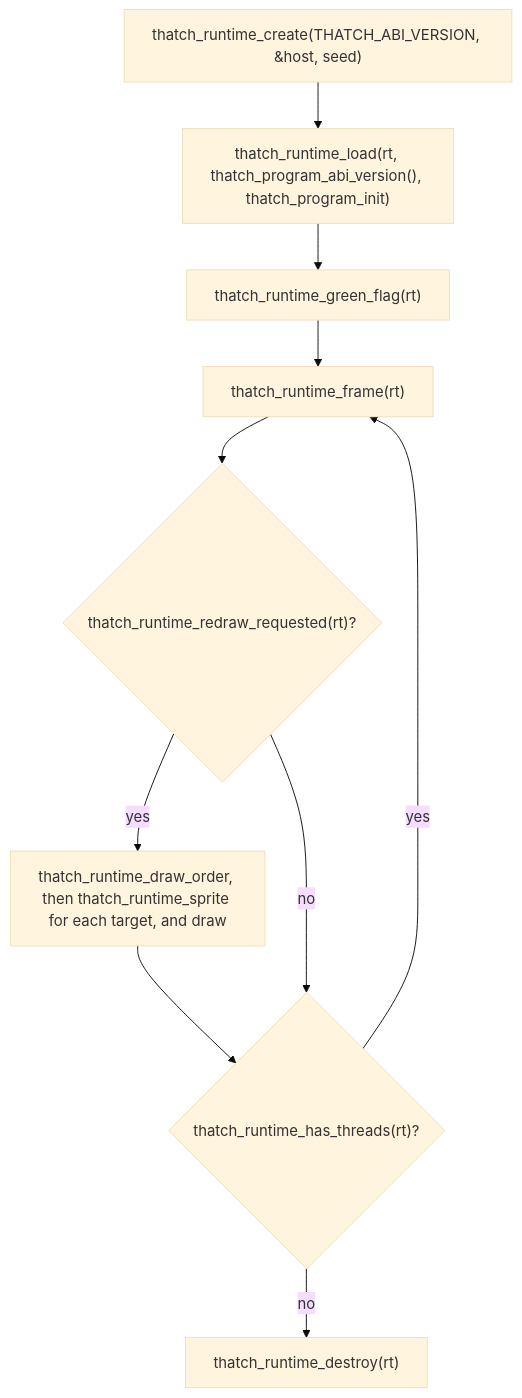
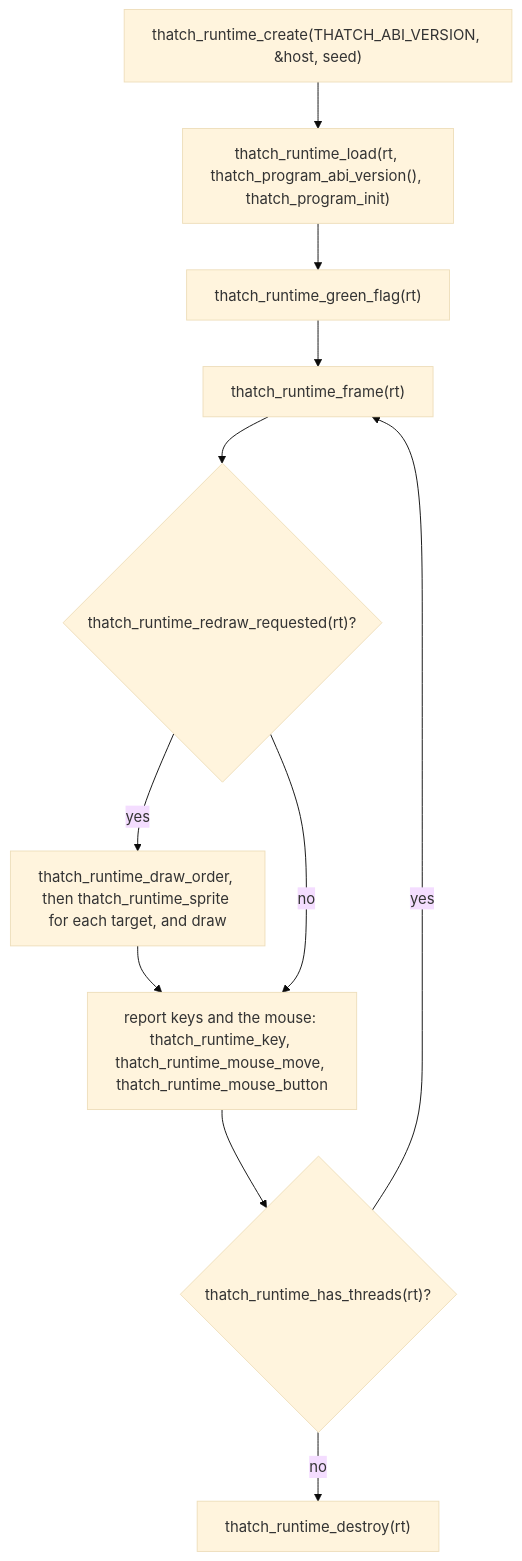
The diagram in docs/abi.md (AstroBlocksMod/thatch), drawn with Mermaid (base theme) before and after one commit. The commit also changed other lines of this file and 27 other files, not shown here.

````diff
--- a/docs/abi.md
+++ b/docs/abi.md
@@ -89,11 +96,12 @@
 ```mermaid
 flowchart TD
     create["thatch_runtime_create(THATCH_ABI_VERSION, &host, seed)"] --> load["thatch_runtime_load(rt, thatch_program_abi_version(), thatch_program_init)"]
     load --> flag["thatch_runtime_green_flag(rt)"]
     flag --> frame["thatch_runtime_frame(rt)"]
     frame --> redraw{"thatch_runtime_redraw_requested(rt)?"}
-    redraw -->|yes| draw["thatch_runtime_draw_order, then thatch_runtime_sprite for each target, and draw"] --> more
-    redraw -->|no| more{"thatch_runtime_has_threads(rt)?"}
+    redraw -->|yes| draw["thatch_runtime_draw_order, then thatch_runtime_sprite for each target, and draw"] --> input
+    redraw -->|no| input["report keys and the mouse: thatch_runtime_key, thatch_runtime_mouse_move, thatch_runtime_mouse_button"]
+    input --> more{"thatch_runtime_has_threads(rt)?"}
     more -->|yes| frame
     more -->|no| destroy["thatch_runtime_destroy(rt)"]
 ```
````
